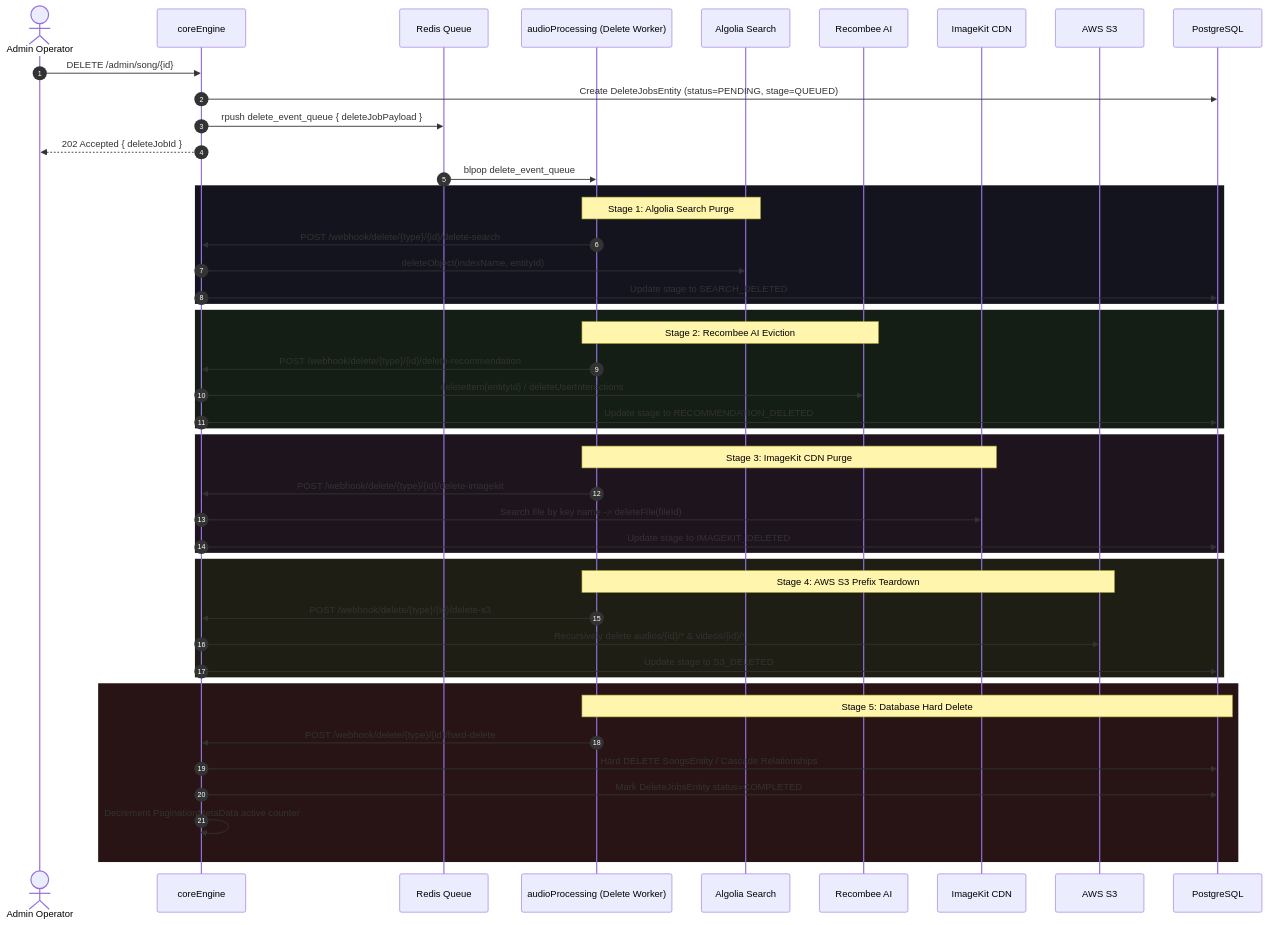
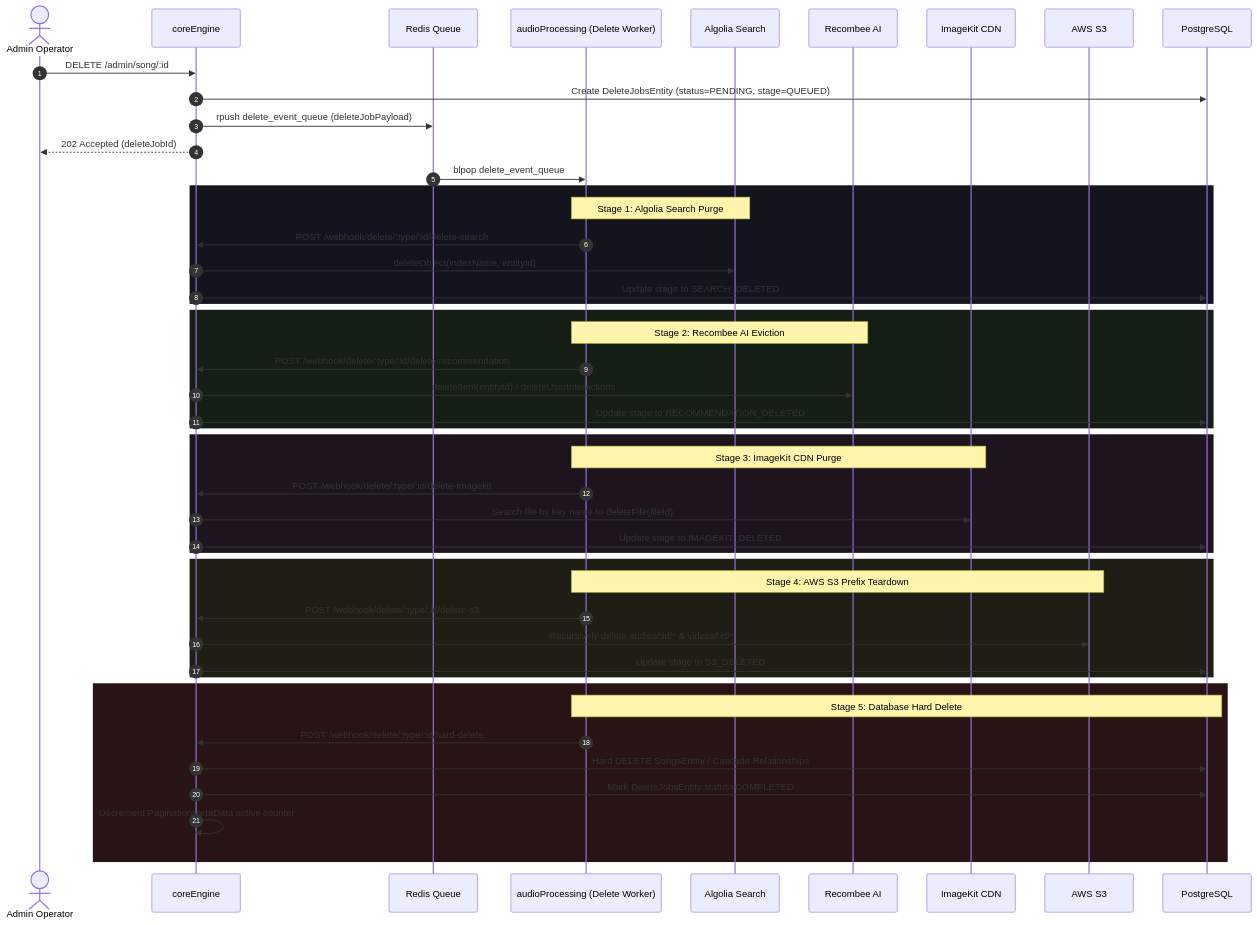
Before and after one commit to karankumar786786/AudioMelodySpringboot: the ninth of 15 diagrams in README.md, drawn with Mermaid. The commit also changed other lines of this file, not shown here.

Commit message:
docs: fix invalid Mermaid diagram syntax across README.md

````diff
--- a/README.md
+++ b/README.md
@@ -727,56 +727,56 @@
 ```mermaid
 sequenceDiagram
     autonumber
     actor Admin as Admin Operator
     participant CE as coreEngine
     participant RD as Redis Queue
     participant AP as audioProcessing (Delete Worker)
     participant AL as Algolia Search
     participant RC as Recombee AI
     participant IK as ImageKit CDN
     participant S3 as AWS S3
     participant PG as PostgreSQL
 
-    Admin->>CE: DELETE /admin/song/{id}
+    Admin->>CE: DELETE /admin/song/:id
     CE->>PG: Create DeleteJobsEntity (status=PENDING, stage=QUEUED)
-    CE->>RD: rpush delete_event_queue { deleteJobPayload }
-    CE-->>Admin: 202 Accepted { deleteJobId }
+    CE->>RD: rpush delete_event_queue (deleteJobPayload)
+    CE-->>Admin: 202 Accepted (deleteJobId)
 
     RD->>AP: blpop delete_event_queue
     
     rect rgb(20, 20, 30)
         Note over AP,AL: Stage 1: Algolia Search Purge
-        AP->>CE: POST /webhook/delete/{type}/{id}/delete-search
+        AP->>CE: POST /webhook/delete/:type/:id/delete-search
         CE->>AL: deleteObject(indexName, entityId)
         CE->>PG: Update stage to SEARCH_DELETED
     end
 
     rect rgb(20, 30, 20)
         Note over AP,RC: Stage 2: Recombee AI Eviction
-        AP->>CE: POST /webhook/delete/{type}/{id}/delete-recommendation
+        AP->>CE: POST /webhook/delete/:type/:id/delete-recommendation
         CE->>RC: deleteItem(entityId) / deleteUserInteractions
         CE->>PG: Update stage to RECOMMENDATION_DELETED
     end
 
     rect rgb(30, 20, 30)
         Note over AP,IK: Stage 3: ImageKit CDN Purge
-        AP->>CE: POST /webhook/delete/{type}/{id}/delete-imagekit
-        CE->>IK: Search file by key name -> deleteFile(fileId)
+        AP->>CE: POST /webhook/delete/:type/:id/delete-imagekit
+        CE->>IK: Search file by key name to deleteFile(fileId)
         CE->>PG: Update stage to IMAGEKIT_DELETED
     end
 
     rect rgb(30, 30, 20)
         Note over AP,S3: Stage 4: AWS S3 Prefix Teardown
-        AP->>CE: POST /webhook/delete/{type}/{id}/delete-s3
-        CE->>S3: Recursively delete audios/{id}/* & videos/{id}/*
+        AP->>CE: POST /webhook/delete/:type/:id/delete-s3
+        CE->>S3: Recursively delete audios/:id/* & videos/:id/*
         CE->>PG: Update stage to S3_DELETED
     end
 
     rect rgb(40, 20, 20)
         Note over AP,PG: Stage 5: Database Hard Delete
-        AP->>CE: POST /webhook/delete/{type}/{id}/hard-delete
+        AP->>CE: POST /webhook/delete/:type/:id/hard-delete
         CE->>PG: Hard DELETE SongsEntity / Cascade Relationships
         CE->>PG: Mark DeleteJobsEntity status=COMPLETED
         CE->>CE: Decrement PaginationMetaData active counter
     end
 ```
````
